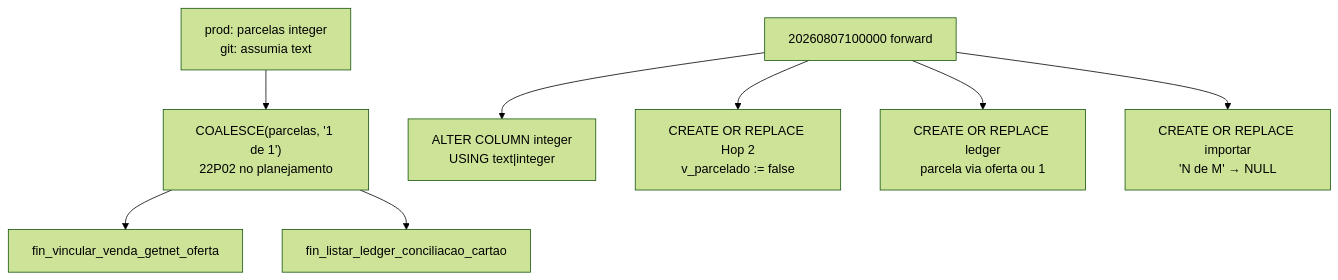
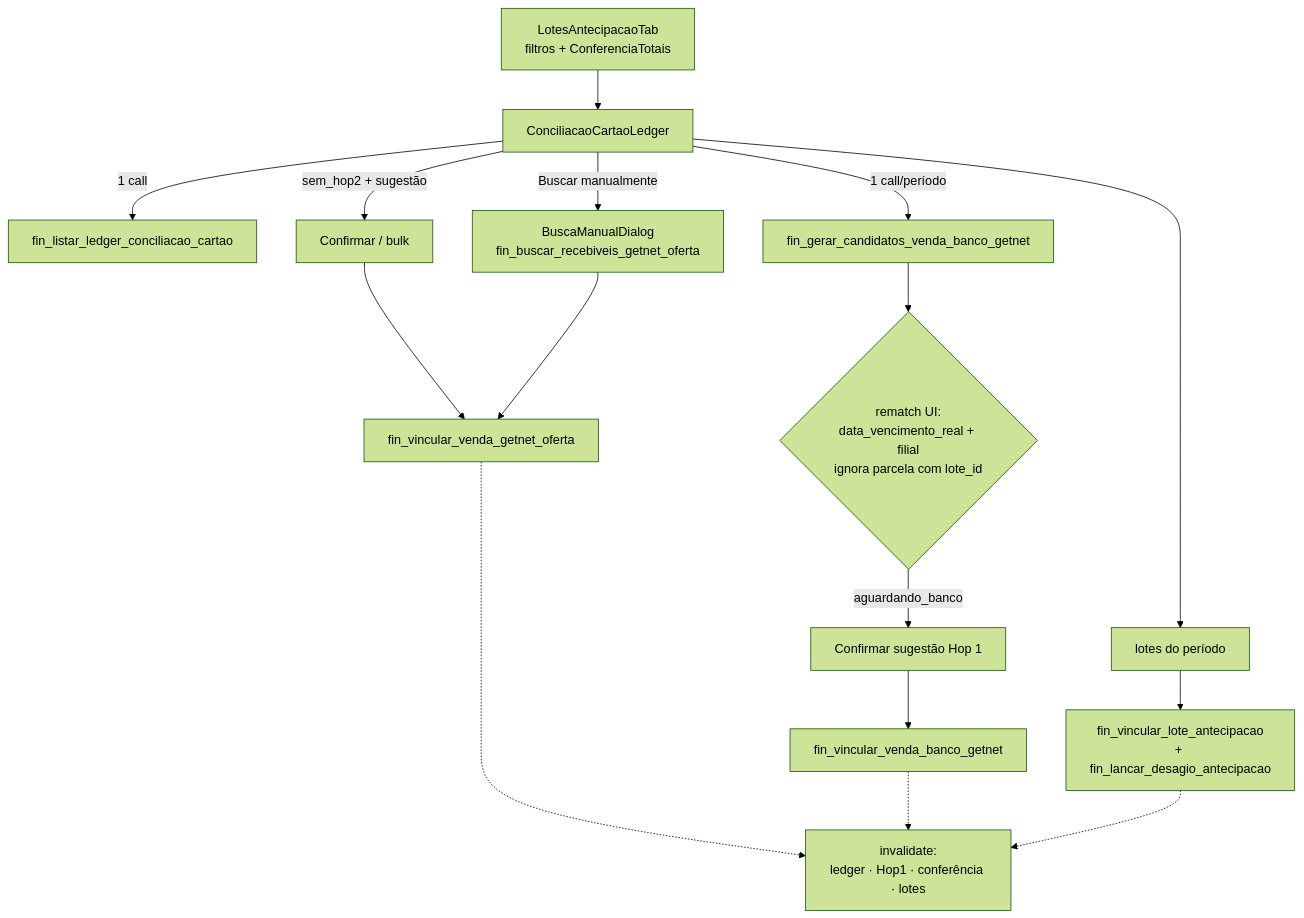
The diagram in docs/diagramas/exports/fluxo-financeiro_25.mmd (adrianoapc/igreja-carvalho), drawn with Mermaid (forest theme) before and after one commit. The commit also changed 33 other files, not shown here.

Commit message:
chore(diagrams): export mermaid PNGs

```diff
--- a/docs/diagramas/exports/fluxo-financeiro_25.mmd
+++ b/docs/diagramas/exports/fluxo-financeiro_25.mmd
@@ -1,8 +1,16 @@
 flowchart TD
-    DRIFT["prod: parcelas integer\ngit: assumia text"] --> BUG["COALESCE(parcelas, '1 de 1')\n22P02 no planejamento"]
-    BUG --> HOP2["fin_vincular_venda_getnet_oferta"]
-    BUG --> LED["fin_listar_ledger_conciliacao_cartao"]
-    FWD["20260807100000 forward"] --> ALTER["ALTER COLUMN integer\nUSING text|integer"]
-    FWD --> R1["CREATE OR REPLACE Hop 2\nv_parcelado := false"]
-    FWD --> R2["CREATE OR REPLACE ledger\nparcela via oferta ou 1"]
-    FWD --> R3["CREATE OR REPLACE importar\n'N de M' → NULL"]
+    TAB["LotesAntecipacaoTab\nfiltros + ConferenciaTotais"] --> LEDGER["ConciliacaoCartaoLedger"]
+    LEDGER -->|"1 call"| LRPC["fin_listar_ledger_conciliacao_cartao"]
+    LEDGER -->|"1 call/período"| H1["fin_gerar_candidatos_venda_banco_getnet"]
+    H1 --> MATCH{"rematch UI:\ndata_vencimento_real + filial\nignora parcela com lote_id"}
+    MATCH -->|"aguardando_banco"| BTN1["Confirmar sugestão Hop 1"]
+    LEDGER -->|"sem_hop2 + sugestão"| BTN2["Confirmar / bulk"]
+    LEDGER -->|"Buscar manualmente"| BUSCA["BuscaManualDialog\nfin_buscar_recebiveis_getnet_oferta"]
+    BTN2 --> W2["fin_vincular_venda_getnet_oferta"]
+    BUSCA --> W2
+    BTN1 --> W1["fin_vincular_venda_banco_getnet"]
+    LEDGER --> LOTES["lotes do período"]
+    LOTES --> W3["fin_vincular_lote_antecipacao\n+ fin_lancar_desagio_antecipacao"]
+    W2 -.-> INV["invalidate:\nledger · Hop1 · conferência · lotes"]
+    W1 -.-> INV
+    W3 -.-> INV
```
